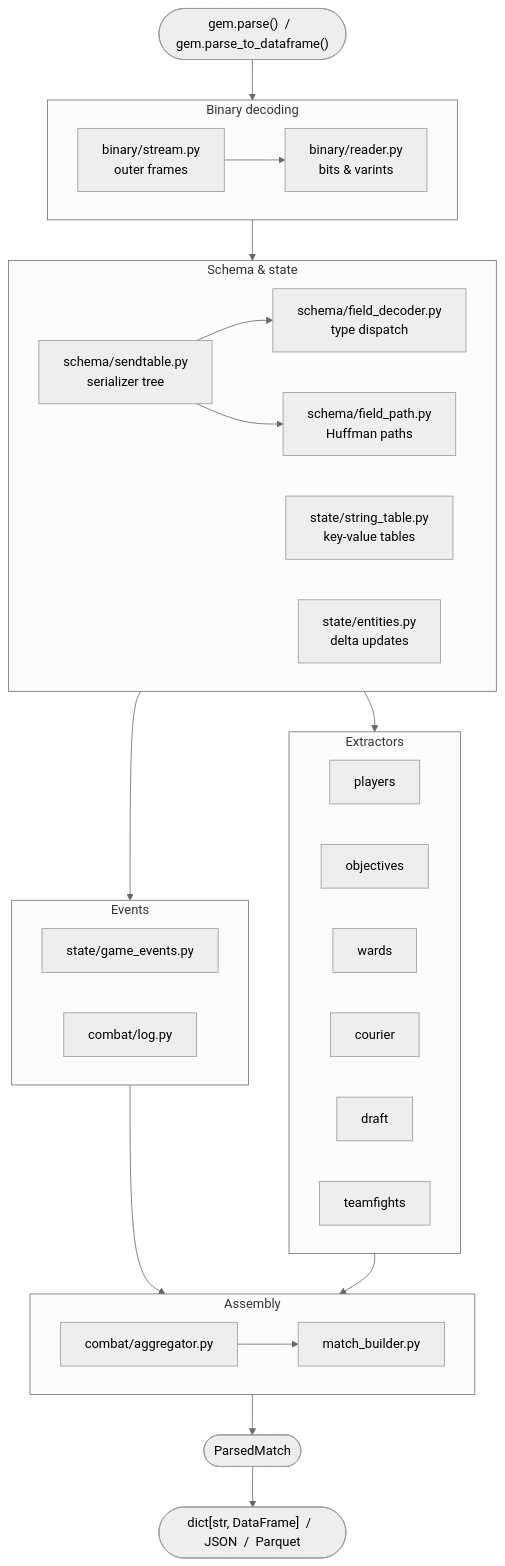
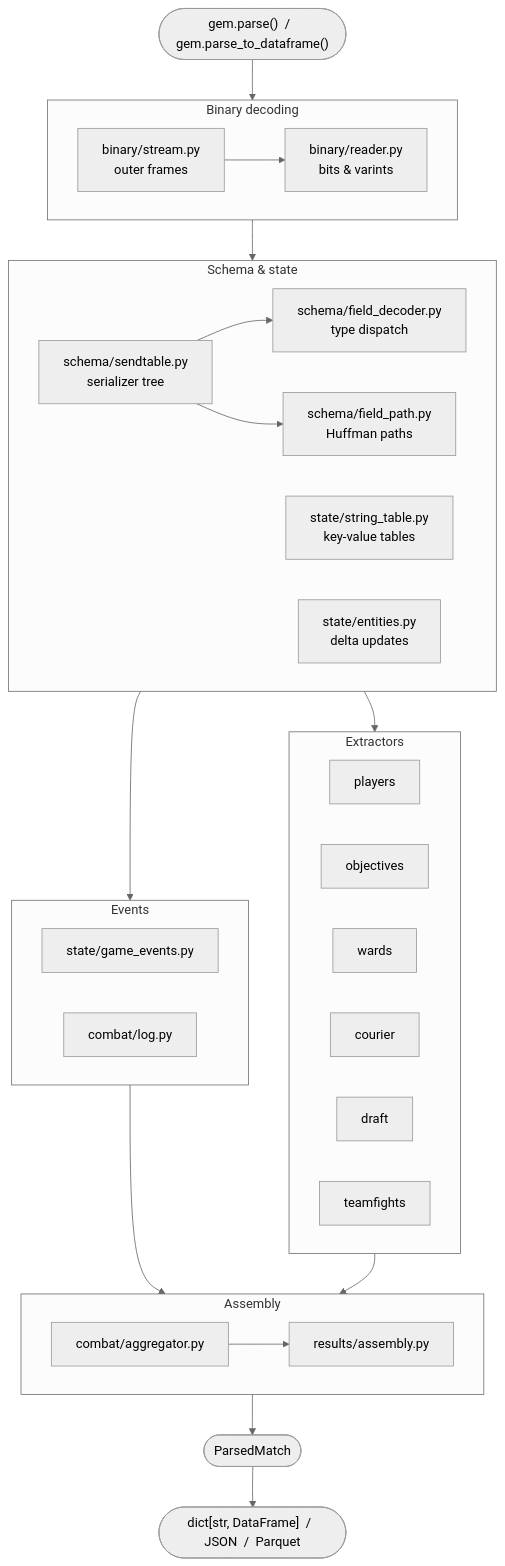
The diagram in docs/architecture.md (whanyu1212/gem-dota), drawn with Mermaid (neutral theme) before and after one commit. The commit also changed other lines of this file and 42 other files, not shown here.

````diff
--- a/docs/architecture.md
+++ b/docs/architecture.md
@@ -10,49 +10,49 @@
 ```mermaid
 flowchart TD
     A(["gem.parse()  /  gem.parse_to_dataframe()"])
 
     subgraph BINARY ["Binary decoding"]
         direction LR
         B["binary/stream.py\nouter frames"] --> C["binary/reader.py\nbits & varints"]
     end
 
     subgraph SCHEMA ["Schema & state"]
         direction LR
         D["schema/sendtable.py\nserializer tree"] --> E["schema/field_decoder.py\ntype dispatch"]
         D --> F["schema/field_path.py\nHuffman paths"]
         G["state/string_table.py\nkey-value tables"]
         H["state/entities.py\ndelta updates"]
     end
 
     subgraph EVENTS ["Events"]
         direction LR
         I["state/game_events.py"]
         J["combat/log.py"]
     end
 
     subgraph EXTRACT ["Extractors"]
         direction LR
         X1["players"]
         X2["objectives"]
         X3["wards"]
         X4["courier"]
         X5["draft"]
         X6["teamfights"]
     end
 
     subgraph ASSEMBLE ["Assembly"]
-        K["combat/aggregator.py"] --> L["match_builder.py"]
+        K["combat/aggregator.py"] --> L["results/assembly.py"]
     end
 
     O(["ParsedMatch"])
     P(["dict[str, DataFrame]  /  JSON  /  Parquet"])
 
     A --> BINARY
     BINARY --> SCHEMA
     SCHEMA --> EVENTS
     SCHEMA --> EXTRACT
     EVENTS --> ASSEMBLE
     EXTRACT --> ASSEMBLE
     ASSEMBLE --> O
     O --> P
 ```
````
